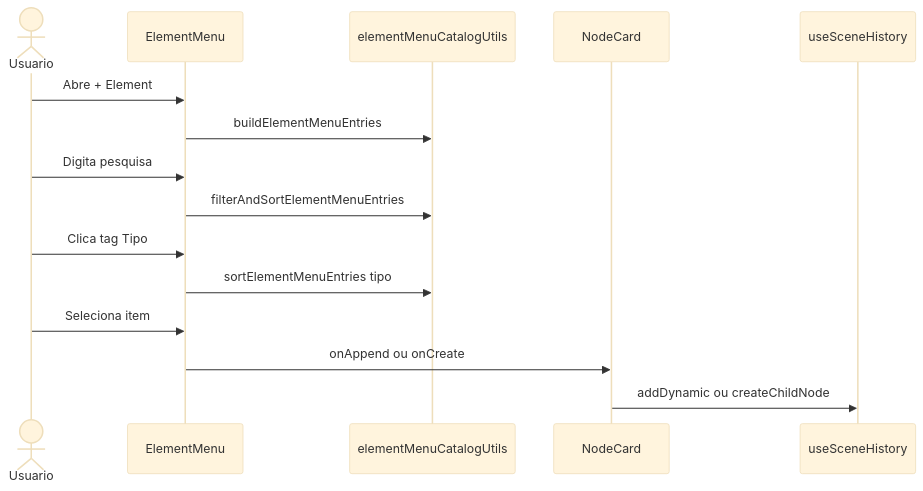
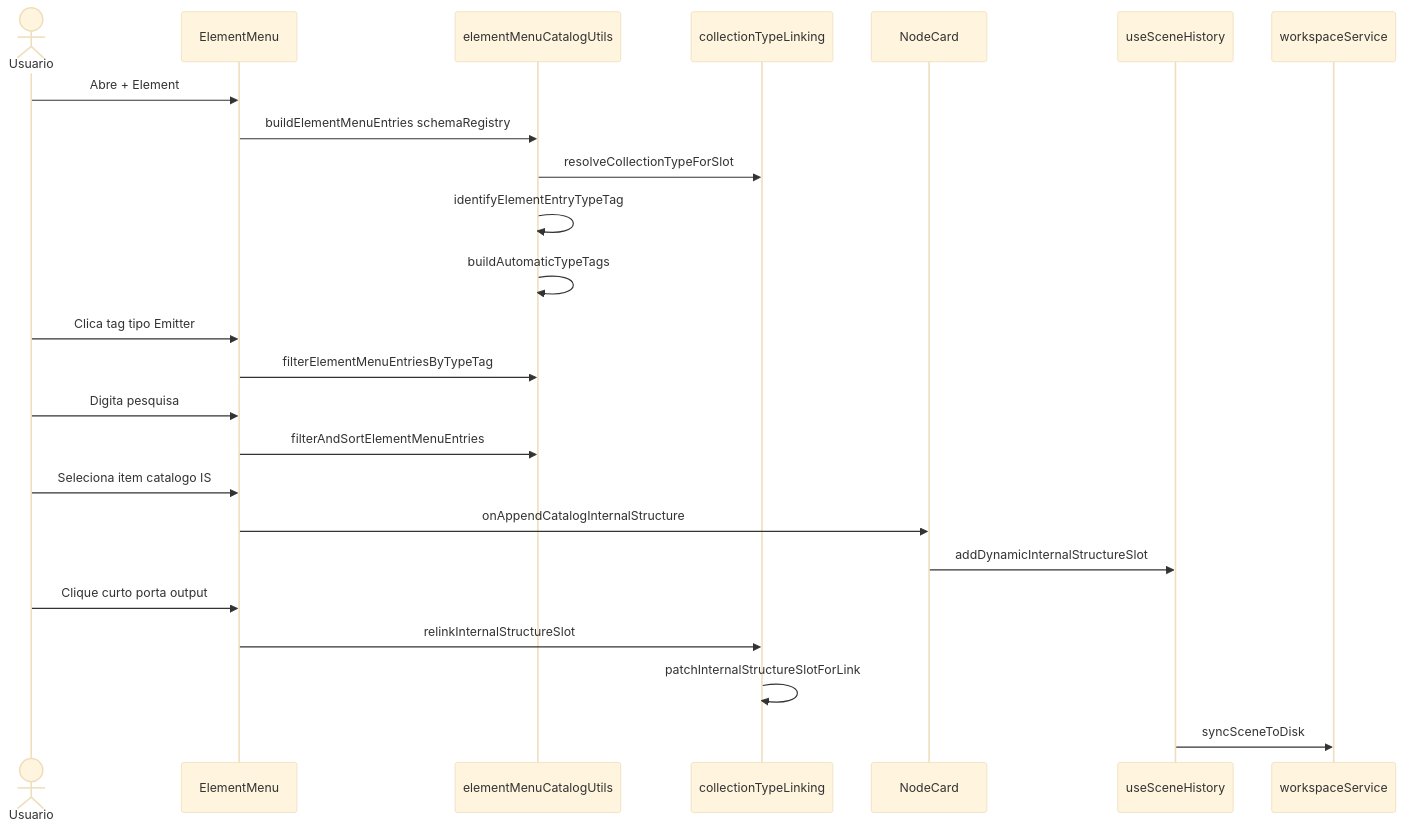
One commit to JunioCesar96/Node-Graphs-League-of-Legends changed the second of 2 diagrams in feature_md/feature-element-menu-search.md. Above: the diagram before and after it, drawn with Mermaid (base theme). The commit also changed other lines of this file and 1 other file, not shown here.

Commit message:
docs: actualizar feature-element-menu-search com tags automaticas e merge collection linking

````diff
--- a/feature_md/feature-element-menu-search.md
+++ b/feature_md/feature-element-menu-search.md
@@ -47,18 +53,27 @@
 ```mermaid
 sequenceDiagram
   actor U as Usuario
   participant EM as ElementMenu
   participant Core as elementMenuCatalogUtils
+  participant CTL as collectionTypeLinking
   participant NC as NodeCard
   participant Hook as useSceneHistory
+  participant WS as workspaceService
 
   U->>EM: Abre + Element
-  EM->>Core: buildElementMenuEntries
+  EM->>Core: buildElementMenuEntries schemaRegistry
+  Core->>CTL: resolveCollectionTypeForSlot
+  Core->>Core: identifyElementEntryTypeTag
+  Core->>Core: buildAutomaticTypeTags
+  U->>EM: Clica tag tipo Emitter
+  EM->>Core: filterElementMenuEntriesByTypeTag
   U->>EM: Digita pesquisa
   EM->>Core: filterAndSortElementMenuEntries
-  U->>EM: Clica tag Tipo
-  EM->>Core: sortElementMenuEntries tipo
-  U->>EM: Seleciona item
-  EM->>NC: onAppend ou onCreate
-  NC->>Hook: addDynamic ou createChildNode
+  U->>EM: Seleciona item catalogo IS
+  EM->>NC: onAppendCatalogInternalStructure
+  NC->>Hook: addDynamicInternalStructureSlot
+  U->>EM: Clique curto porta output
+  EM->>CTL: relinkInternalStructureSlot
+  CTL->>CTL: patchInternalStructureSlotForLink
+  Hook->>WS: syncSceneToDisk
 ```
````
